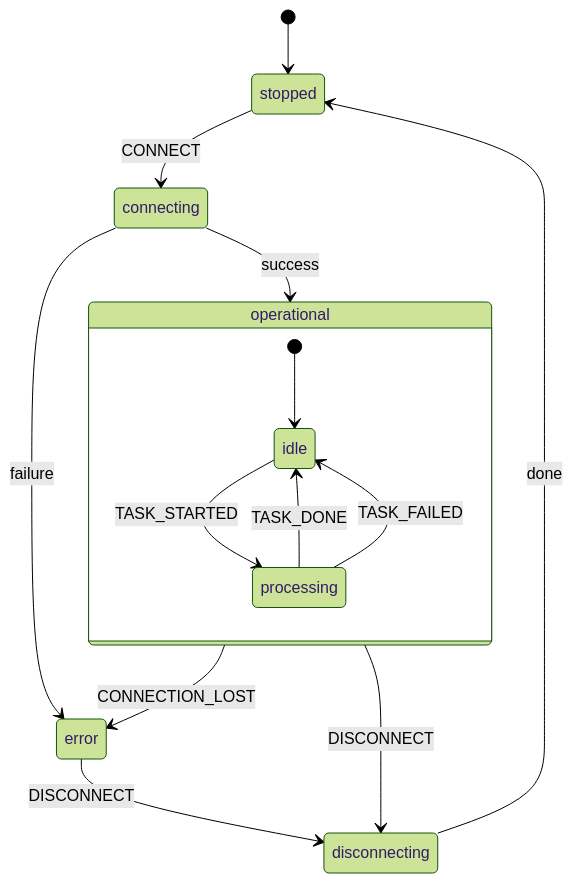
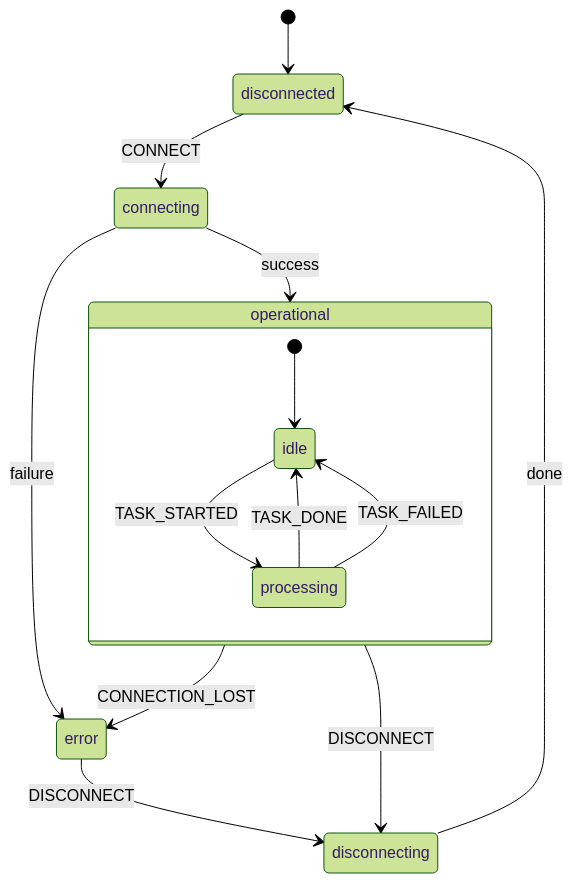
One commit to uraitakahito/browserhive changed the third of 3 diagrams in README.md. Above: the diagram before and after it, drawn with Mermaid (forest theme). The commit also changed other lines of this file and 7 other files, not shown here.

First line of the commit message:
rename Worker resting state from `stopped` to `disconnected`

````diff
--- a/README.md
+++ b/README.md
@@ -86,22 +86,22 @@
 ```mermaid
 stateDiagram-v2
-    [*] --> stopped
-    stopped --> connecting : CONNECT
+    [*] --> disconnected
+    disconnected --> connecting : CONNECT
 
     connecting --> operational : success
     connecting --> error : failure
 
     state operational {
         [*] --> idle
         idle --> processing : TASK_STARTED
         processing --> idle : TASK_DONE
         processing --> idle : TASK_FAILED
     }
 
     operational --> error : CONNECTION_LOST
     operational --> disconnecting : DISCONNECT
 
     error --> disconnecting : DISCONNECT
 
-    disconnecting --> stopped : done
+    disconnecting --> disconnected : done
 ```
````
